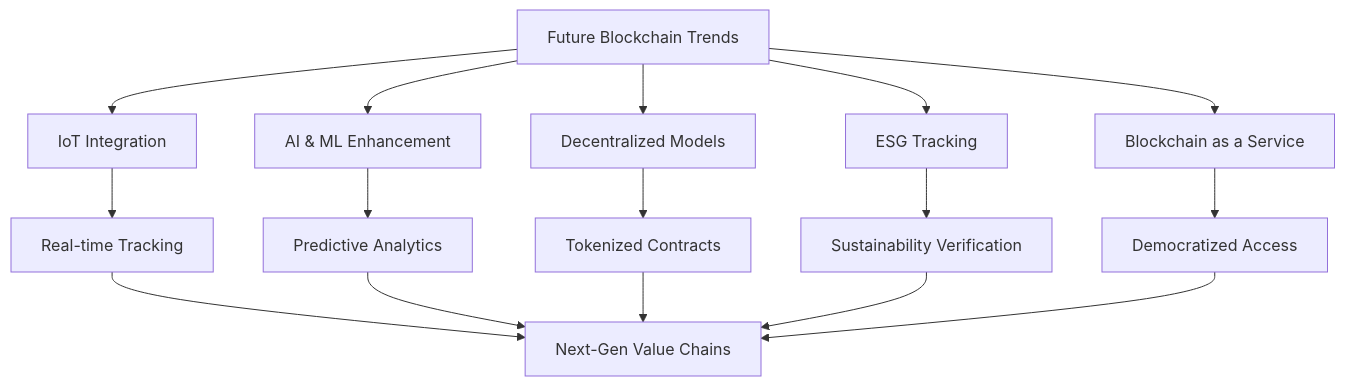
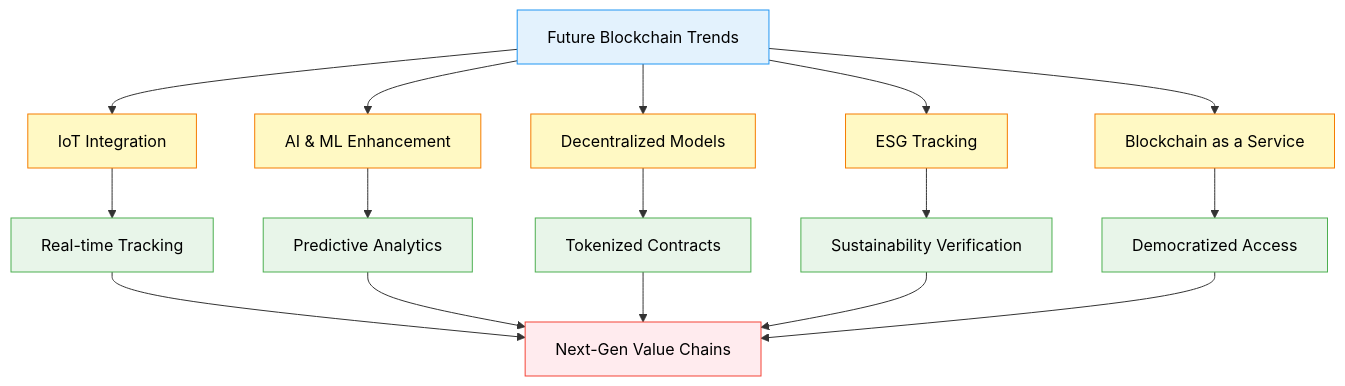
Before and after one commit to ljg-cqu/knowledge: diagram 12 of 14 in Industry/Blockchain/Blockchain/ValueChain/QA_LinerGeneralDeepResearch.md, drawn with Mermaid. The commit also changed other lines of this file and 6 other files, not shown here.

````diff
--- a/Industry/Blockchain/Blockchain/ValueChain/QA_LinerGeneralDeepResearch.md
+++ b/Industry/Blockchain/Blockchain/ValueChain/QA_LinerGeneralDeepResearch.md
@@ -508,20 +624,33 @@
 ```mermaid
 graph TD
     A[Future Blockchain Trends] --> B[IoT Integration]
     A --> C[AI & ML Enhancement]
     A --> D[Decentralized Models]
     A --> E[ESG Tracking]
     A --> F[Blockchain as a Service]
     
     B --> G[Real-time Tracking]
     C --> H[Predictive Analytics]
     D --> I[Tokenized Contracts]
     E --> J[Sustainability Verification]
     F --> K[Democratized Access]
     
     G --> L[Next-Gen Value Chains]
     H --> L
     I --> L
     J --> L
     K --> L
+    
+    style A fill:#E3F2FD,stroke:#2196F3,color:#000
+    style B fill:#FFF9C4,stroke:#F57C00,color:#000
+    style C fill:#FFF9C4,stroke:#F57C00,color:#000
+    style D fill:#FFF9C4,stroke:#F57C00,color:#000
+    style E fill:#FFF9C4,stroke:#F57C00,color:#000
+    style F fill:#FFF9C4,stroke:#F57C00,color:#000
+    style G fill:#E8F5E9,stroke:#4CAF50,color:#000
+    style H fill:#E8F5E9,stroke:#4CAF50,color:#000
+    style I fill:#E8F5E9,stroke:#4CAF50,color:#000
+    style J fill:#E8F5E9,stroke:#4CAF50,color:#000
+    style K fill:#E8F5E9,stroke:#4CAF50,color:#000
+    style L fill:#FFEBEE,stroke:#F44336,color:#000
 ```
````
